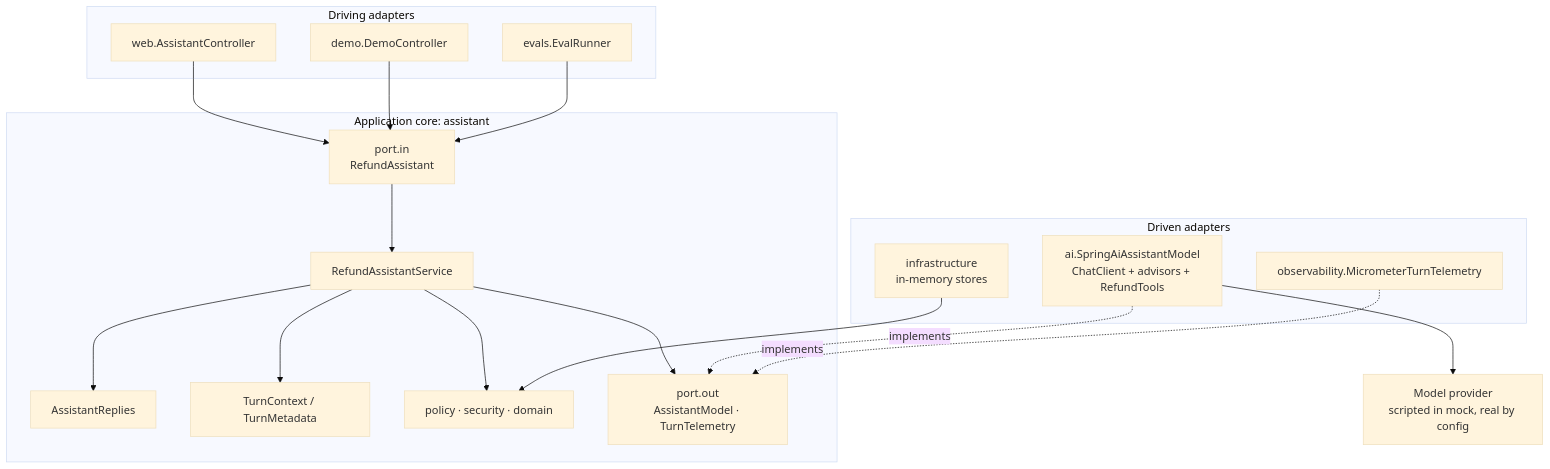
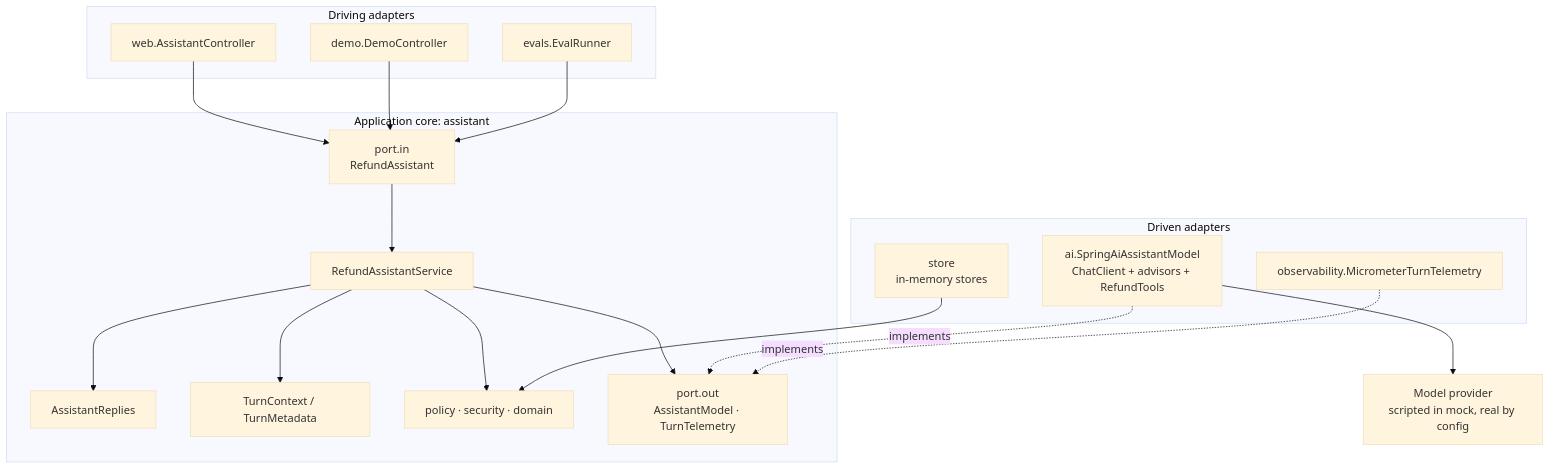
One commit to diegap/refund-guardrails changed the second of 2 diagrams in README.md. Above: the diagram before and after it, drawn with Mermaid (base theme). The commit also changed other lines of this file and 7 other files, not shown here.

First line of the commit message:
refactor: rename the infrastructure package to store

````diff
--- a/README.md
+++ b/README.md
@@ -58,36 +58,36 @@
 ```mermaid
 flowchart TB
   subgraph driving["Driving adapters"]
     WEB["web.AssistantController"]
     DEMO["demo.DemoController"]
     EVAL["evals.EvalRunner"]
   end
 
   subgraph core["Application core: assistant"]
     IN["port.in<br/>RefundAssistant"]
     SVC["RefundAssistantService"]
     REPLY["AssistantReplies"]
     CTX["TurnContext / TurnMetadata"]
     POLICY["policy · security · domain"]
     OUT["port.out<br/>AssistantModel · TurnTelemetry"]
   end
 
   subgraph adapters["Driven adapters"]
     SPRING["ai.SpringAiAssistantModel<br/>ChatClient + advisors + RefundTools"]
     MICRO["observability.MicrometerTurnTelemetry"]
-    INFRA["infrastructure<br/>in-memory stores"]
+    STORE["store<br/>in-memory stores"]
   end
 
   WEB --> IN
   DEMO --> IN
   EVAL --> IN
   IN --> SVC
   SVC --> OUT
   SVC --> REPLY
   SVC --> CTX
   SVC --> POLICY
   SPRING -.implements.-> OUT
   MICRO -.implements.-> OUT
   SPRING --> PROVIDER["Model provider<br/>scripted in mock, real by config"]
-  INFRA --> POLICY
+  STORE --> POLICY
 ```
````
